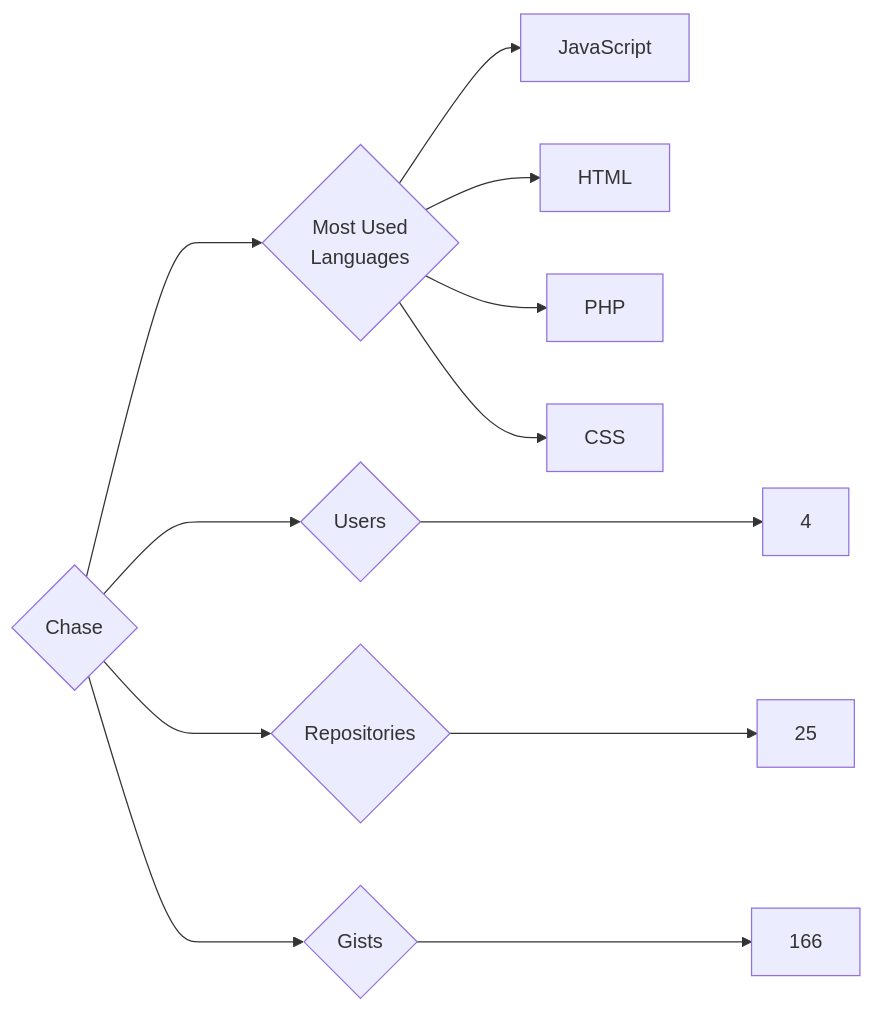
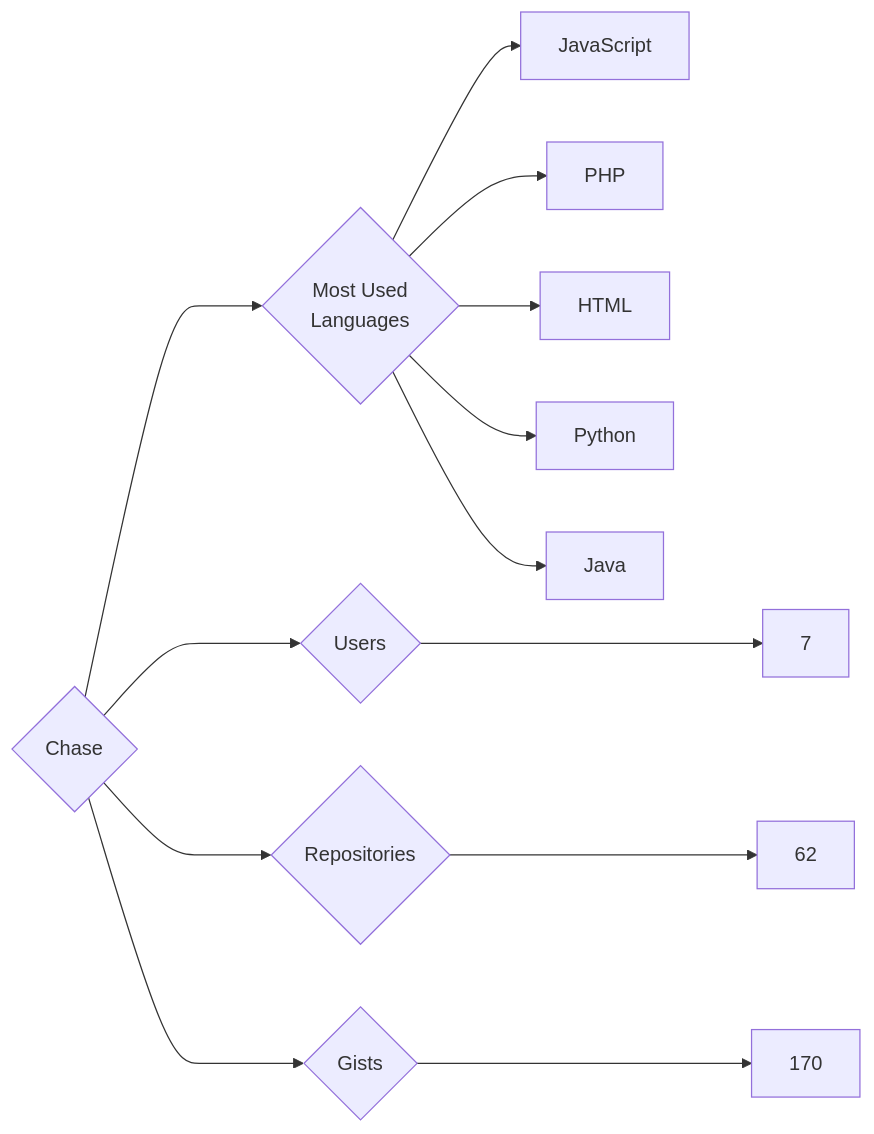
Before and after one commit to trickest/insiders: the diagram in targets/Chase/README.md, drawn with Mermaid. The commit also changed 1088 other files, not shown here.

````diff
--- a/targets/Chase/README.md
+++ b/targets/Chase/README.md
@@ -3,12 +3,13 @@
 ```mermaid
 graph LR
 COMPANY_NAME{Chase}
-COMPANY_NAME ---> U{Users} ---> UN[4]
-COMPANY_NAME ---> R{Repositories} ---> RN[25]
-COMPANY_NAME ---> G{Gists} ---> GN[166]
+COMPANY_NAME ---> U{Users} ---> UN[7]
+COMPANY_NAME ---> R{Repositories} ---> RN[62]
+COMPANY_NAME ---> G{Gists} ---> GN[170]
 COMPANY_NAME ---> ML{Most Used<br>Languages}
 ML --> JavaScript[JavaScript]
+ML --> PHP[PHP]
 ML --> HTML[HTML]
-ML --> PHP[PHP]
-ML --> CSS[CSS]
+ML --> Python[Python]
+ML --> Java[Java]
 ```
````
